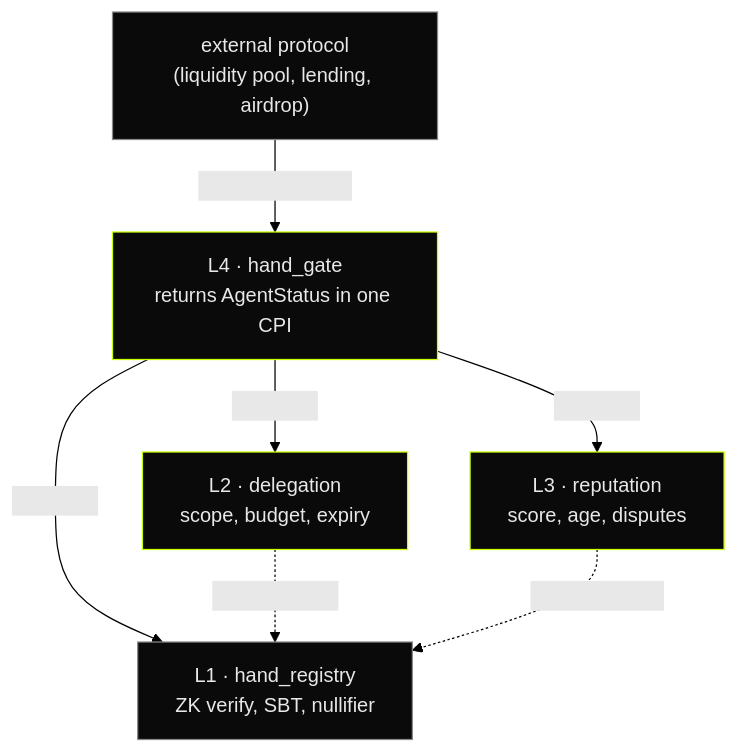
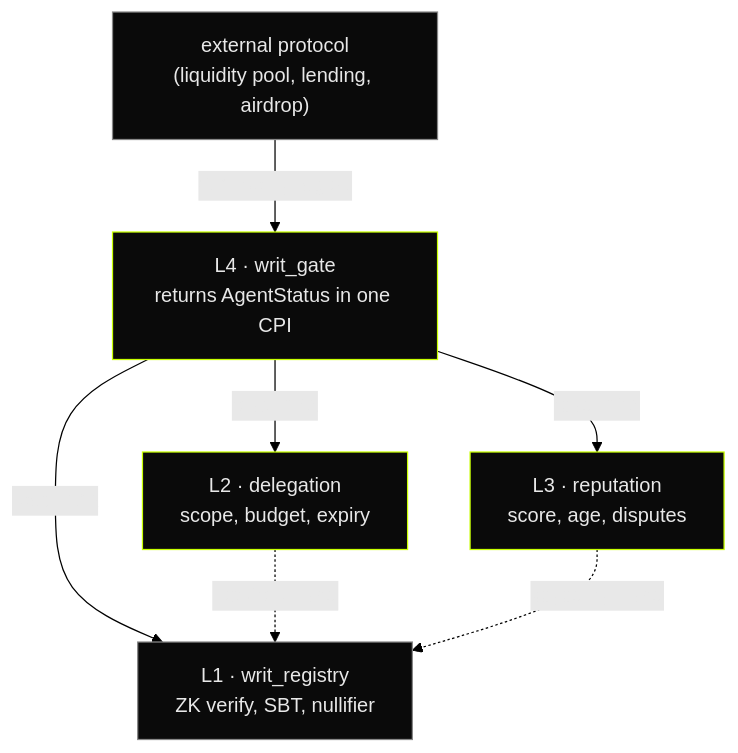
The diagram in README.md (WritNetwork/writ), drawn with Mermaid (forest theme) before and after one commit. The commit also changed other lines of this file and 6 other files, not shown here.

````diff
--- a/README.md
+++ b/README.md
@@ -87,20 +87,20 @@
 ```mermaid
 flowchart TD
     ext["external protocol<br/>(liquidity pool, lending, airdrop)"]
-    gate["L4 · hand_gate<br/>returns AgentStatus in one CPI"]
+    gate["L4 · writ_gate<br/>returns AgentStatus in one CPI"]
     del["L2 · delegation<br/>scope, budget, expiry"]
     rep["L3 · reputation<br/>score, age, disputes"]
-    reg["L1 · hand_registry<br/>ZK verify, SBT, nullifier"]
+    reg["L1 · writ_registry<br/>ZK verify, SBT, nullifier"]
 
     ext -->|"CPI: verify_agent"| gate
     gate -->|read PDA| del
     gate -->|read PDA| rep
     gate -->|read PDA| reg
     del -.->|requires Hand| reg
     rep -.->|keyed by Hand| reg
 
     classDef layer fill:#0a0a0a,stroke:#c8ff00,stroke-width:1px,color:#e8e8e8
     classDef root fill:#0a0a0a,stroke:#888,stroke-width:1px,color:#e8e8e8
     class gate,del,rep layer
     class reg,ext root
 ```
````
